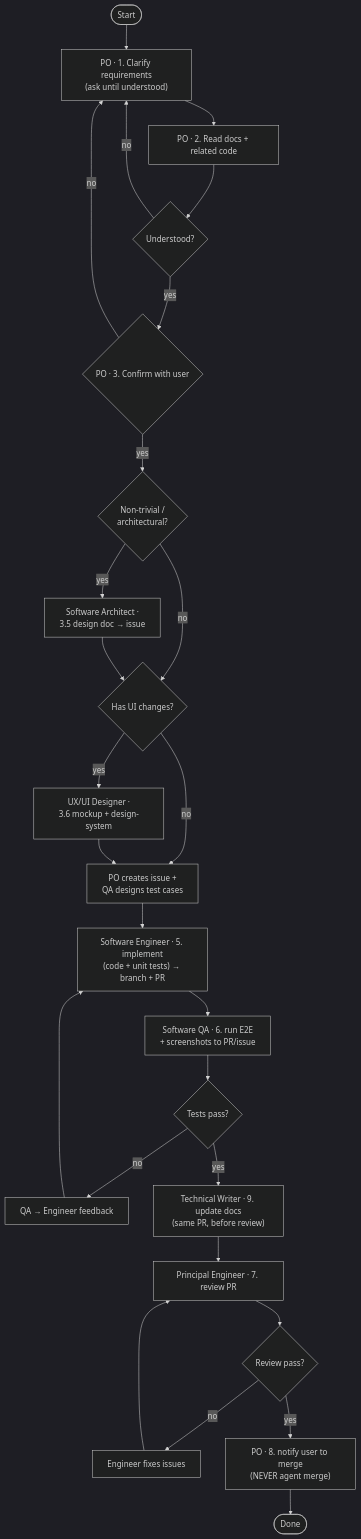
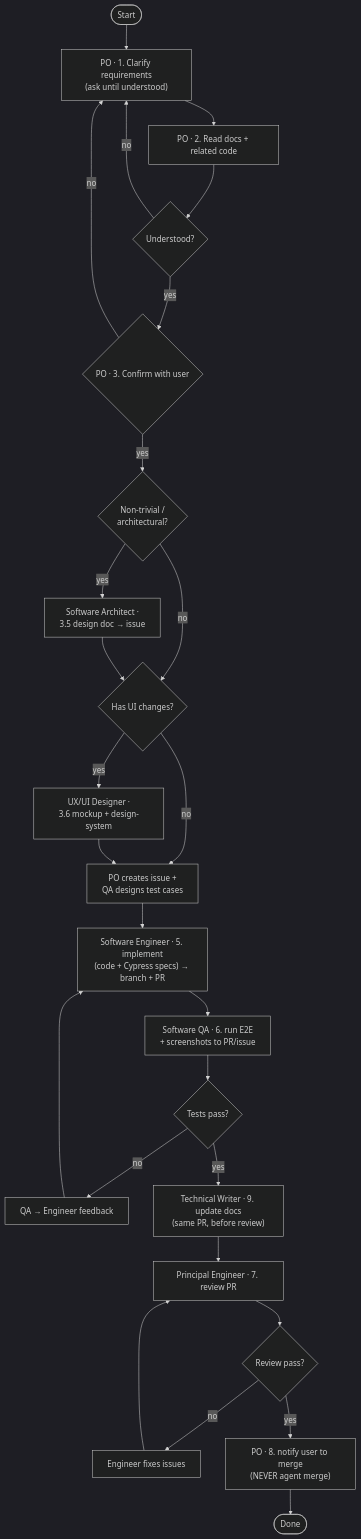
The diagram in projects/skills/product-owner/SKILL.md (nattaponra/skills), drawn with Mermaid (dark theme) before and after one commit. The commit also changed other lines of this file and 4 other files, not shown here.

````diff
--- a/projects/skills/product-owner/SKILL.md
+++ b/projects/skills/product-owner/SKILL.md
@@ -111,28 +110,28 @@
 ```mermaid
 flowchart TD
     Start([Start]) --> Clarify["PO · 1. Clarify requirements<br/>(ask until understood)"]
     Clarify --> Read["PO · 2. Read docs + related code"]
     Read --> Understood{Understood?}
     Understood -->|no| Clarify
     Understood -->|yes| Confirm{PO · 3. Confirm with user}
     Confirm -->|no| Clarify
     Confirm -->|yes| NonTrivial{Non-trivial /<br/>architectural?}
     NonTrivial -->|yes| Architect["Software Architect ·<br/>3.5 design doc → issue"]
     NonTrivial -->|no| UIWork{Has UI changes?}
     Architect --> UIWork
     UIWork -->|yes| Designer["UX/UI Designer ·<br/>3.6 mockup + design-system"]
     UIWork -->|no| Issue["PO creates issue +<br/>QA designs test cases"]
     Designer --> Issue
-    Issue --> Dev["Software Engineer · 5. implement<br/>(code + unit tests) → branch + PR"]
+    Issue --> Dev["Software Engineer · 5. implement<br/>(code + Cypress specs) → branch + PR"]
     Dev --> E2E["Software QA · 6. run E2E<br/>+ screenshots to PR/issue"]
     E2E --> Pass{Tests pass?}
     Pass -->|no| FB["QA → Engineer feedback"]
     FB --> Dev
     Pass -->|yes| Docs["Technical Writer · 9. update docs<br/>(same PR, before review)"]
     Docs --> Review["Principal Engineer · 7. review PR"]
     Review --> ReviewPass{Review pass?}
     ReviewPass -->|no| Fix["Engineer fixes issues"]
     Fix --> Review
     ReviewPass -->|yes| Notify["PO · 8. notify user to merge<br/>(NEVER agent merge)"]
     Notify --> Done([Done])
 ```
````
